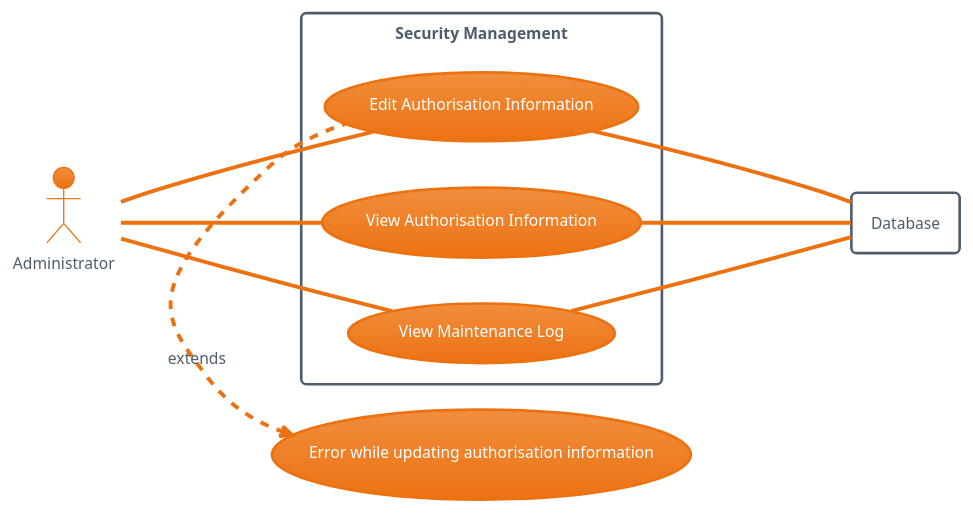
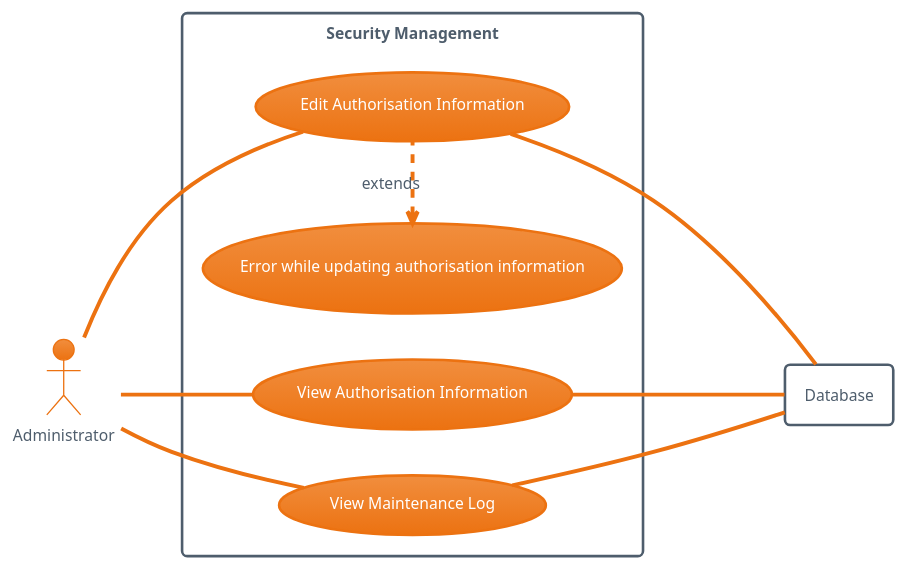
The diagram in DOCS/Diagrams/Administrator/Administrator-Diagram-2.puml (NikitaEdin/SET09102-2025-TR2), drawn with PlantUML before and after one commit. The commit also changed other lines of this file and 1 other file, not shown here.

Commit message:
move extends in administrator diagram to inside the system

```diff
--- a/DOCS/Diagrams/Administrator/Administrator-Diagram-2.puml
+++ b/DOCS/Diagrams/Administrator/Administrator-Diagram-2.puml
@@ -1,27 +1,27 @@
 @startuml
 !theme aws-orange
 left to right direction
 
 actor Admin as "Administrator"
 
 rectangle Database
 
-    usecase UC4 as "Error while updating authorisation information"
-
 rectangle "Security Management" {
 
     usecase UC1 as "View Authorisation Information"
     usecase UC2 as "Edit Authorisation Information"
     usecase UC3 as "View Maintenance Log"
+
+    usecase UC4 as "Error while updating authorisation information"
 
     Admin -- UC1
     Admin -- UC2
     Admin -- UC3
 
     UC1 --- Database
     UC2 --- Database
     UC3 --- Database
 
     UC4 <. UC2 : extends
 }
 @enduml
```
